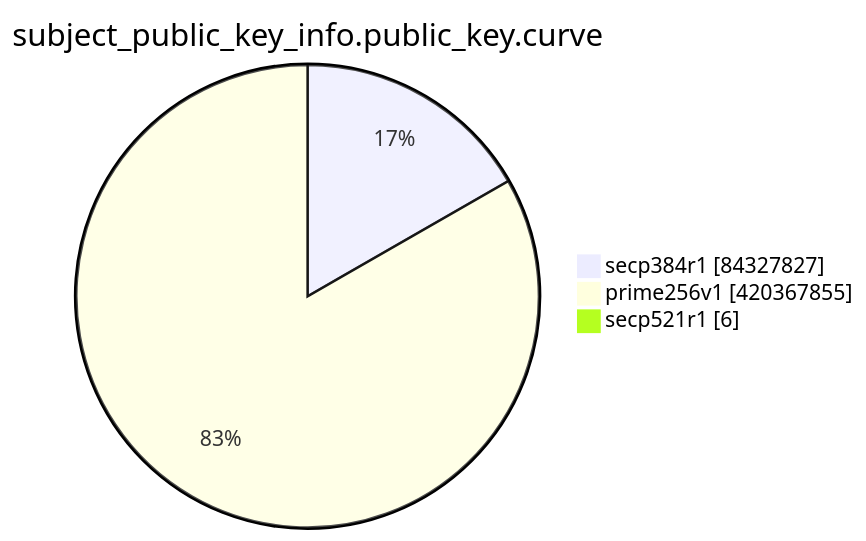
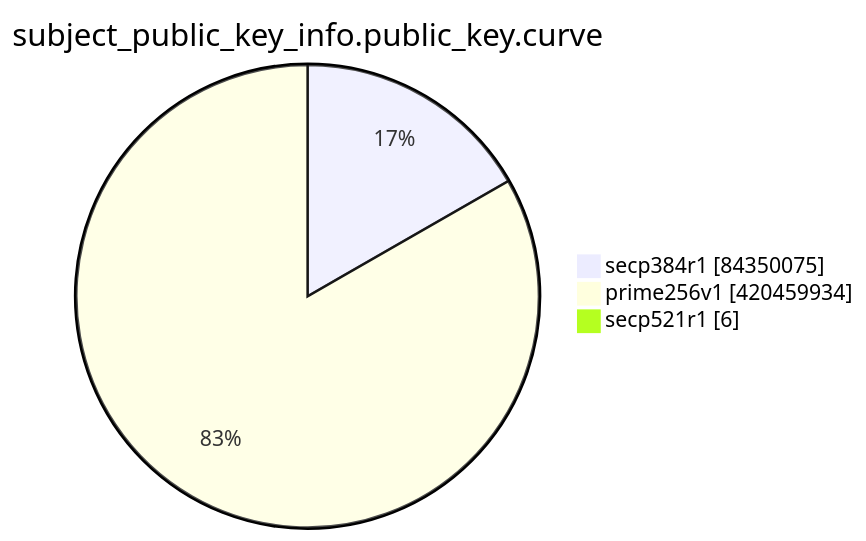
Before and after one commit to christiankrug/ctmonitor_visualization: the eighth of 15 diagrams in TOTAL/README.md, drawn with Mermaid. The commit also changed other lines of this file, not shown here.

````diff
--- a/TOTAL/README.md
+++ b/TOTAL/README.md
@@ -3099,7 +3099,7 @@
 ```mermaid
 pie showData
 title subject_public_key_info.public_key.curve
-"secp384r1" :84327827
-"prime256v1" :420367855
+"secp384r1" :84350075
+"prime256v1" :420459934
 "secp521r1" :6
 ```
````
